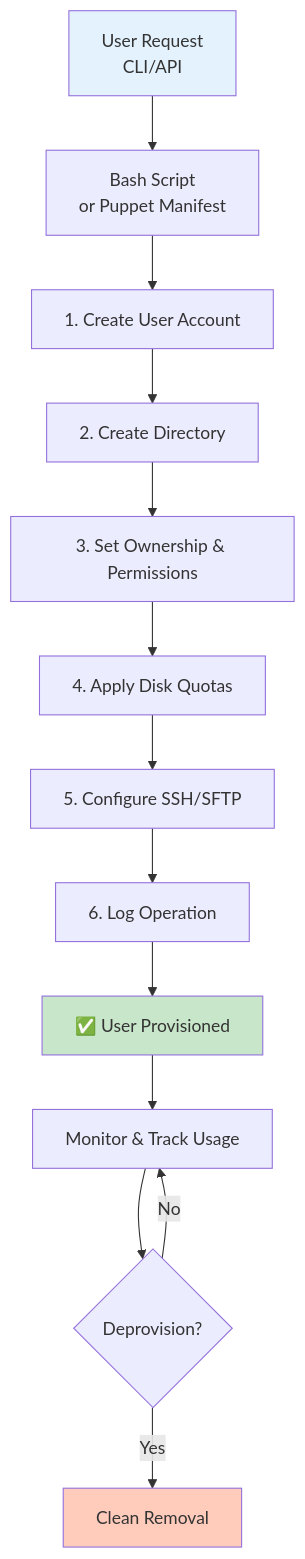
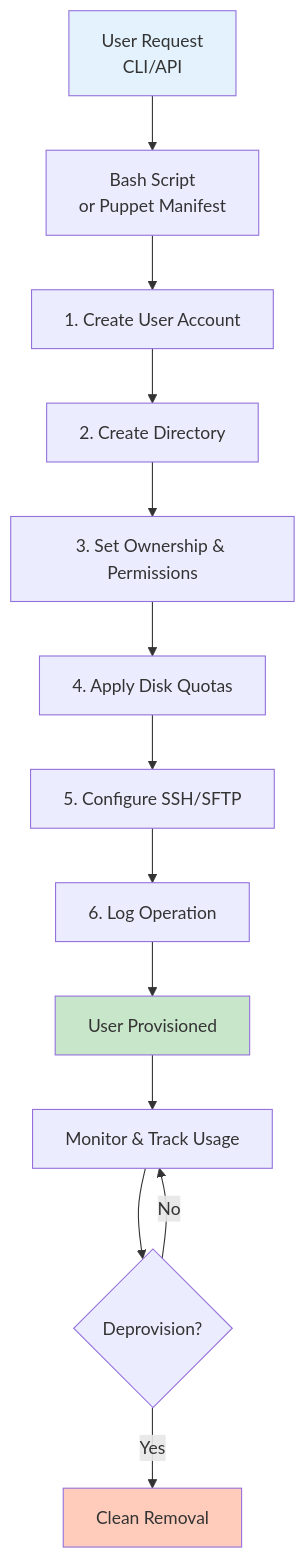
Before and after one commit to aaronwittchen/Automated-Storage-Provisioning-Tool: the third of 5 diagrams in README.md, drawn with Mermaid. The commit also changed other lines of this file and 1 other file, not shown here.

````diff
--- a/README.md
+++ b/README.md
@@ -276,19 +276,19 @@
 ```mermaid
 graph TD
     A["User Request<br/>CLI/API"] --> B["Bash Script<br/>or Puppet Manifest"]
     B --> C["1. Create User Account"]
     C --> D["2. Create Directory"]
     D --> E["3. Set Ownership & Permissions"]
     E --> F["4. Apply Disk Quotas"]
     F --> G["5. Configure SSH/SFTP"]
     G --> H["6. Log Operation"]
-    H --> I["✅ User Provisioned"]
+    H --> I["User Provisioned"]
     I --> J["Monitor & Track Usage"]
     J --> K{Deprovision?}
     K -->|Yes| L["Clean Removal"]
     K -->|No| J
     
     style A fill:#e3f2fd
     style I fill:#c8e6c9
     style L fill:#ffccbc
 ```
````
